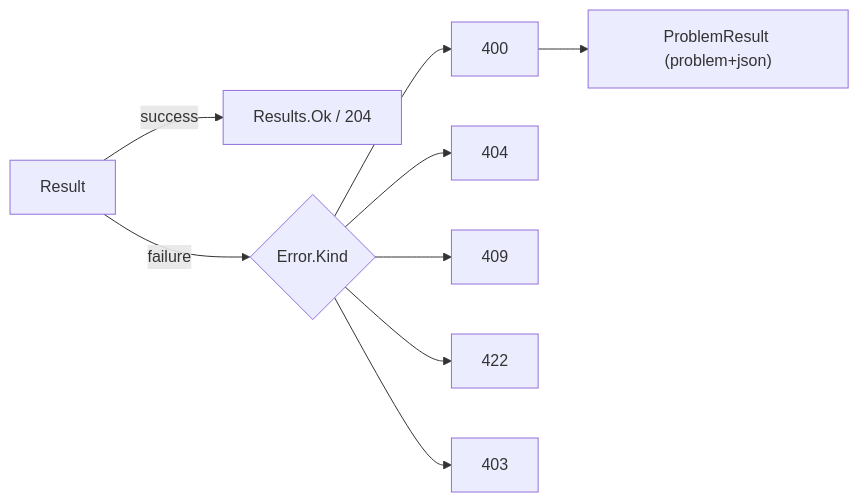
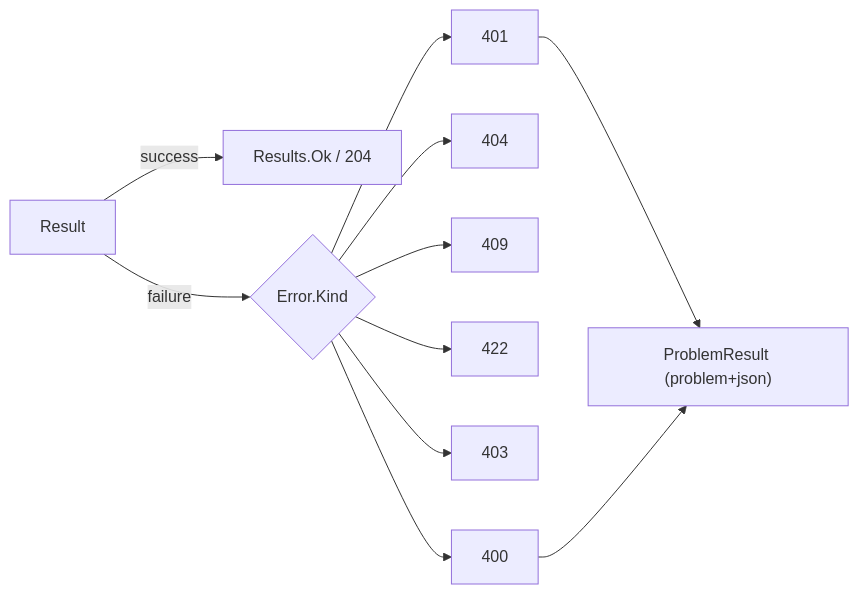
The diagram in docs/file-explanations/src/TutoringCentre.Api/Http/ResultHttpExtensions.cs.md (youssef623/tutoring-centre), drawn with Mermaid before and after one commit. The commit also changed other lines of this file and 265 other files, not shown here.

````diff
--- a/docs/file-explanations/src/TutoringCentre.Api/Http/ResultHttpExtensions.cs.md
+++ b/docs/file-explanations/src/TutoringCentre.Api/Http/ResultHttpExtensions.cs.md
@@ -59,11 +59,13 @@
 ```mermaid
 flowchart LR
     R["Result"] -->|success| OK["Results.Ok / 204"]
     R -->|failure| K{"Error.Kind"}
     K --> S400["400"]
     K --> S404["404"]
     K --> S409["409"]
     K --> S422["422"]
     K --> S403["403"]
+    K --> S401["401"]
+    S401 --> PR
     S400 --> PR["ProblemResult (problem+json)"]
 ```
````
